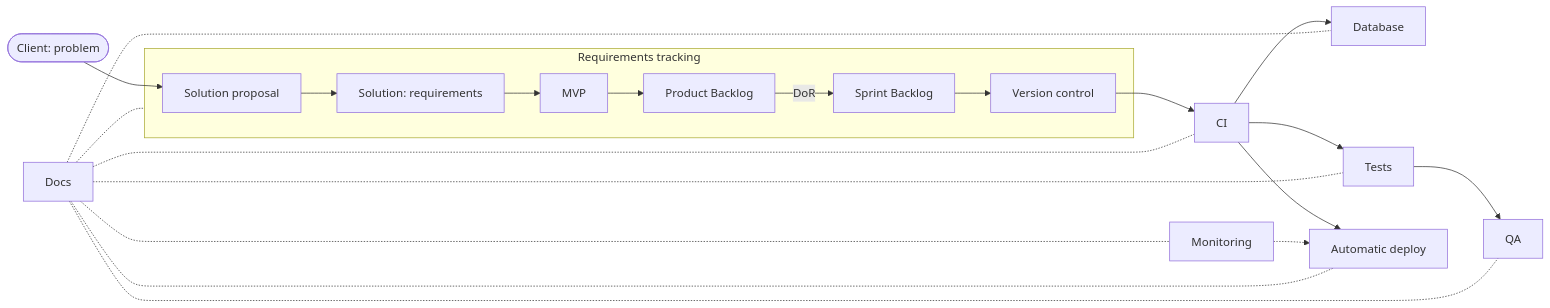
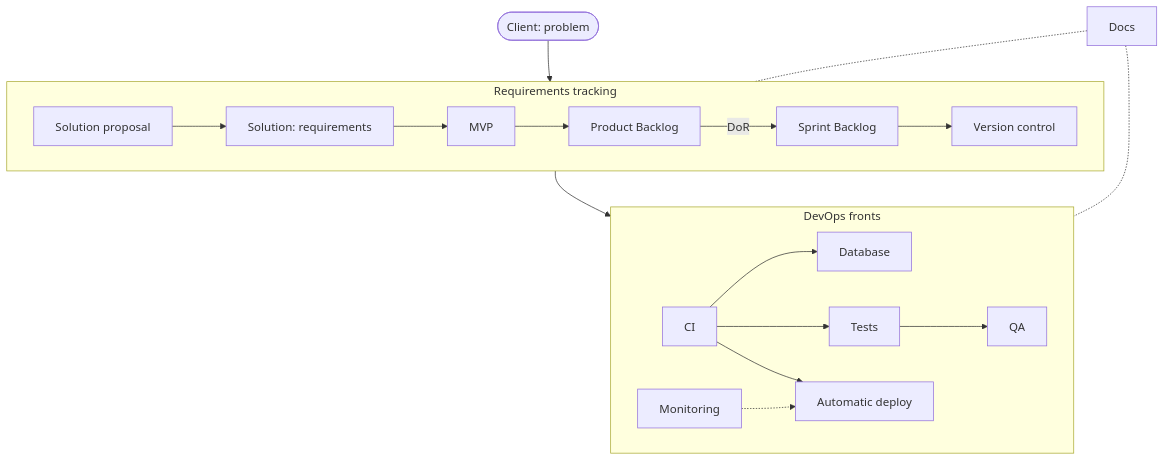
One commit to Concord-API/API-5 changed the diagram in Docs/DevOps/README.md. Above: the diagram before and after it, drawn with Mermaid. The commit also changed 1 other file, not shown here.

Commit message:
docs: make the DevOps process diagram readable

````diff
--- a/Docs/DevOps/README.md
+++ b/Docs/DevOps/README.md
@@ -38,18 +38,23 @@
 ```mermaid
-flowchart LR
-    client(["Client: problem"]) --> proposal
+flowchart TD
+    client(["Client: problem"]) --> req
 
     subgraph req["Requirements tracking"]
+        direction LR
         proposal["Solution proposal"] --> requirements["Solution: requirements"]
         requirements --> mvp["MVP"] --> pb["Product Backlog"]
         pb -->|DoR| sb["Sprint Backlog"] --> git["Version control"]
     end
 
-    git --> ci["CI"]
-    ci --> db["Database"]
-    ci --> tests["Tests"] --> qa["QA"]
-    ci --> deploy["Automatic deploy"]
-    monit["Monitoring"] -.-> deploy
+    req --> devops
 
-    docs["Docs"] -.- req & ci & db & tests & qa & deploy & monit
+    subgraph devops["DevOps fronts"]
+        ci["CI"] --> db["Database"]
+        ci --> tests["Tests"] --> qa["QA"]
+        ci --> deploy["Automatic deploy"]
+        monit["Monitoring"] -.-> deploy
+    end
+
+    docs["Docs"] -.- req
+    docs -.- devops
 ```
````
